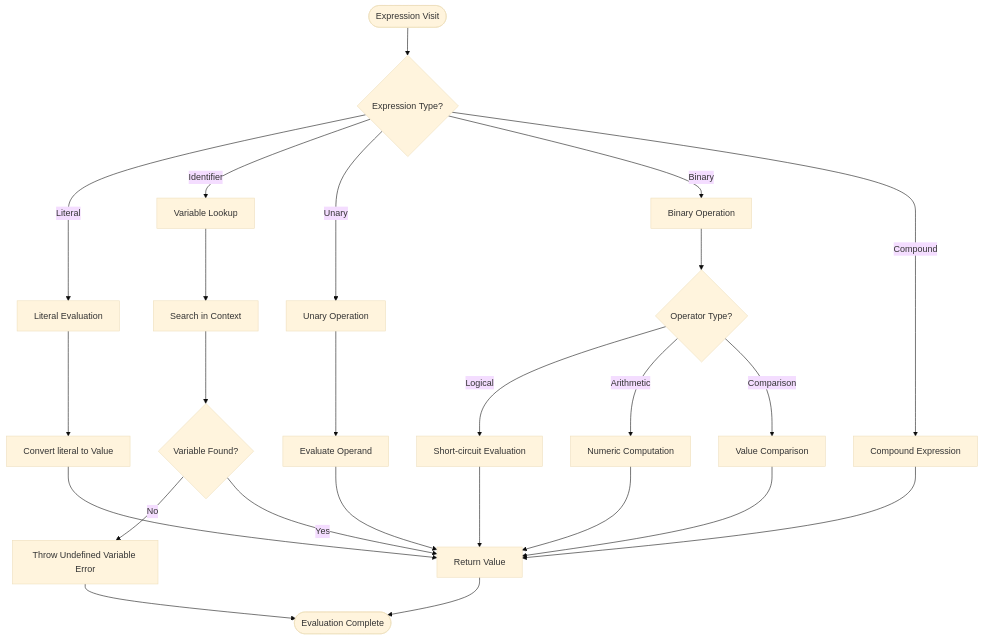
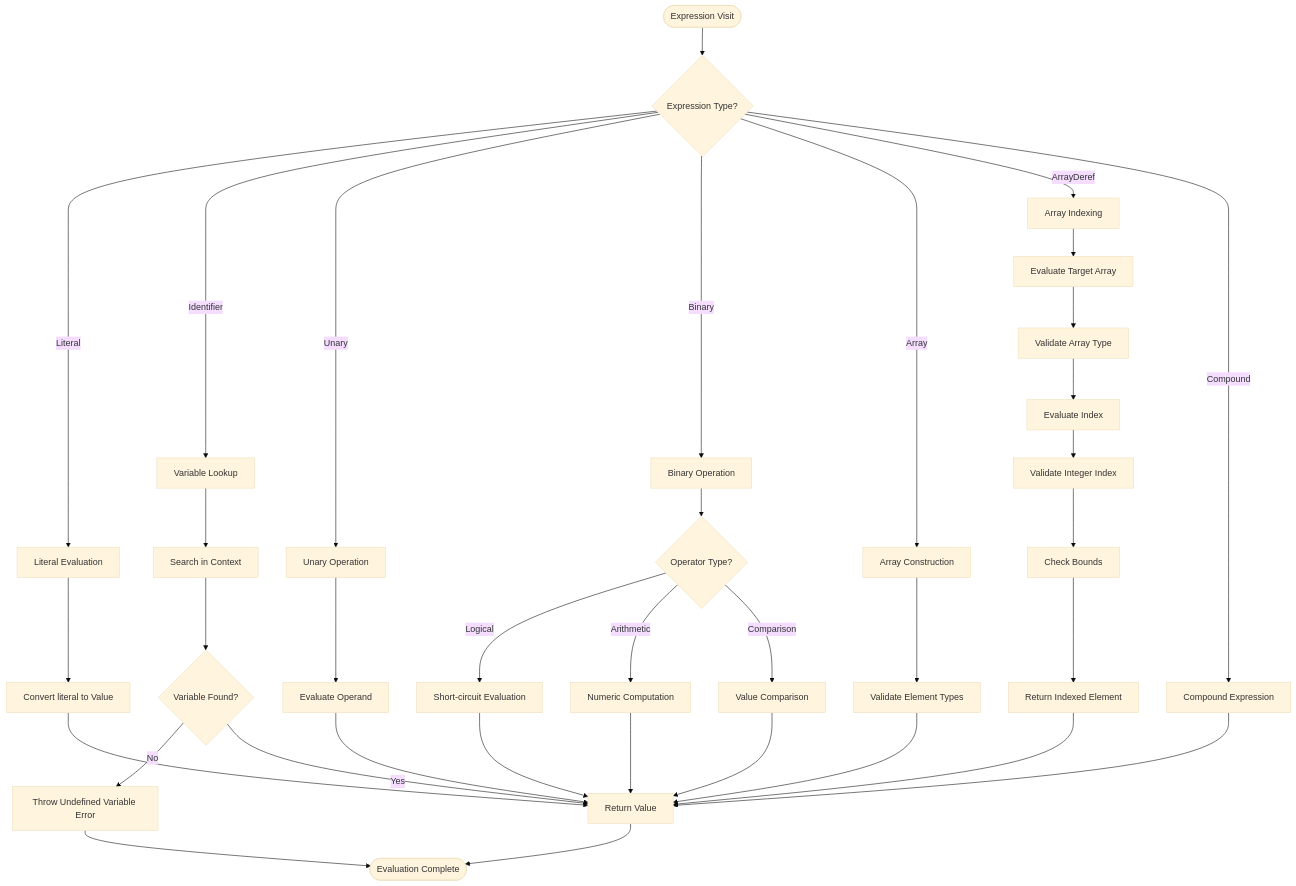
One commit to littlebirds/modern_bision changed the fourth of 9 diagrams in .qoder/repowiki/en/content/Runtime System/Interpreter Implementation.md. Above: the diagram before and after it, drawn with Mermaid (base theme). The commit also changed other lines of this file and 6 other files, not shown here.

Commit message:
add unit test for evaluting ArrayDeref expr

````diff
--- a/.qoder/repowiki/en/content/Runtime System/Interpreter Implementation.md
+++ b/.qoder/repowiki/en/content/Runtime System/Interpreter Implementation.md
@@ -274,27 +290,38 @@
 ```mermaid
 flowchart TD
 Start([Expression Visit]) --> CheckType{"Expression Type?"}
 CheckType --> |Literal| LiteralPath["Literal Evaluation"]
 CheckType --> |Identifier| IdPath["Variable Lookup"]
 CheckType --> |Unary| UnaryPath["Unary Operation"]
 CheckType --> |Binary| BinPath["Binary Operation"]
+CheckType --> |Array| ArrayPath["Array Construction"]
+CheckType --> |ArrayDeref| ArrayDerefPath["Array Indexing"]
 CheckType --> |Compound| CompPath["Compound Expression"]
 LiteralPath --> LiteralEval["Convert literal to Value"]
 IdPath --> ContextLookup["Search in Context"]
 UnaryPath --> OperandEval["Evaluate Operand"]
 BinPath --> OpSelect{"Operator Type?"}
 OpSelect --> |Logical| LogicalEval["Short-circuit Evaluation"]
 OpSelect --> |Arithmetic| ArithEval["Numeric Computation"]
 OpSelect --> |Comparison| CompEval["Value Comparison"]
+ArrayPath --> TypeCheck["Validate Element Types"]
+ArrayDerefPath --> TargetEval["Evaluate Target Array"]
+TargetEval --> ValidateTarget["Validate Array Type"]
+ValidateTarget --> IndexEval["Evaluate Index"]
+IndexEval --> ValidateIndex["Validate Integer Index"]
+ValidateIndex --> BoundsCheck["Check Bounds"]
+BoundsCheck --> ReturnElement["Return Indexed Element"]
 ContextLookup --> NotFound{"Variable Found?"}
 NotFound --> |No| Error["Throw Undefined Variable Error"]
 NotFound --> |Yes| ReturnVal["Return Value"]
 LogicalEval --> ReturnVal
 ArithEval --> ReturnVal
 CompEval --> ReturnVal
+TypeCheck --> ReturnVal
+ReturnElement --> ReturnVal
 LiteralEval --> ReturnVal
 OperandEval --> ReturnVal
 CompPath --> ReturnVal
 ReturnVal --> End([Evaluation Complete])
 Error --> End
 ```
````
